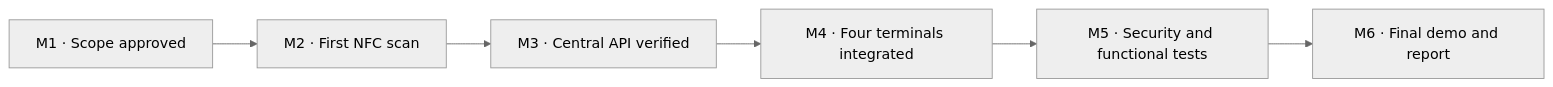
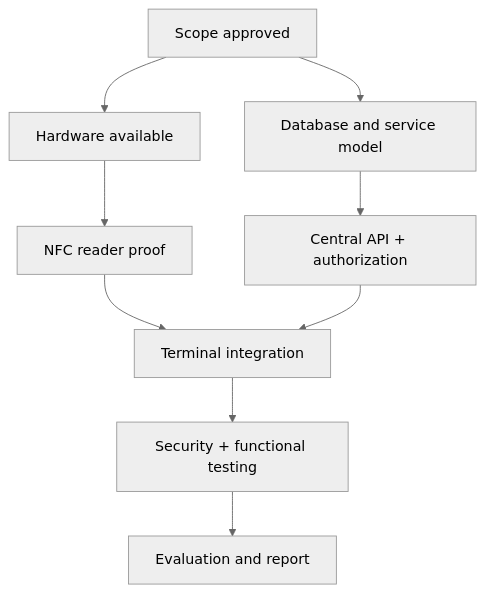
Before and after one commit to codetherapistpita-oss/codetherapistpita-oss: the third of 3 diagrams in knowledge-hub/17-IOT-SMART-STUDENT-CARD/GANTT-CHART.md, drawn with Mermaid (neutral theme). The commit also changed other lines of this file, not shown here.

Commit message:
docs(iot): standardize milestone Gantt, evidence gates and weekly plan

````diff
--- a/knowledge-hub/17-IOT-SMART-STUDENT-CARD/GANTT-CHART.md
+++ b/knowledge-hub/17-IOT-SMART-STUDENT-CARD/GANTT-CHART.md
@@ -68,8 +86,11 @@
 ```mermaid
-flowchart LR
-  M1["M1 · Scope approved"] --> M2["M2 · First NFC scan"]
-  M2 --> M3["M3 · Central API verified"]
-  M3 --> M4["M4 · Four terminals integrated"]
-  M4 --> M5["M5 · Security and functional tests"]
-  M5 --> M6["M6 · Final demo and report"]
+flowchart TD
+ A["Scope approved"] --> B["Hardware available"]
+ A --> C["Database and service model"]
+ B --> D["NFC reader proof"]
+ C --> E["Central API + authorization"]
+ D --> F["Terminal integration"]
+ E --> F
+ F --> G["Security + functional testing"]
+ G --> H["Evaluation and report"]
 ```
````
